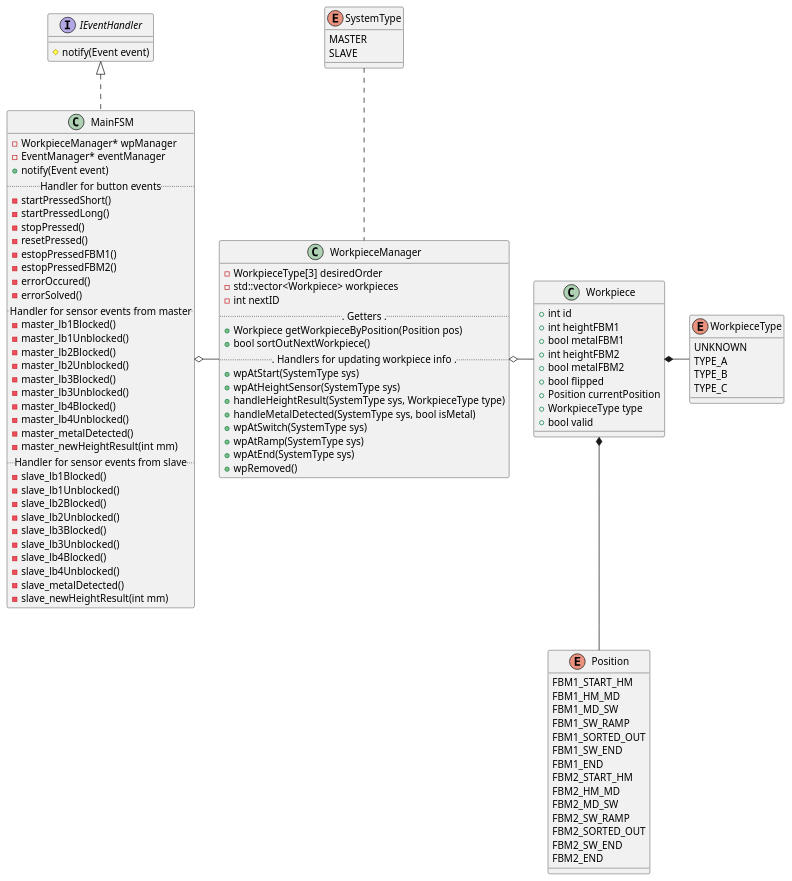
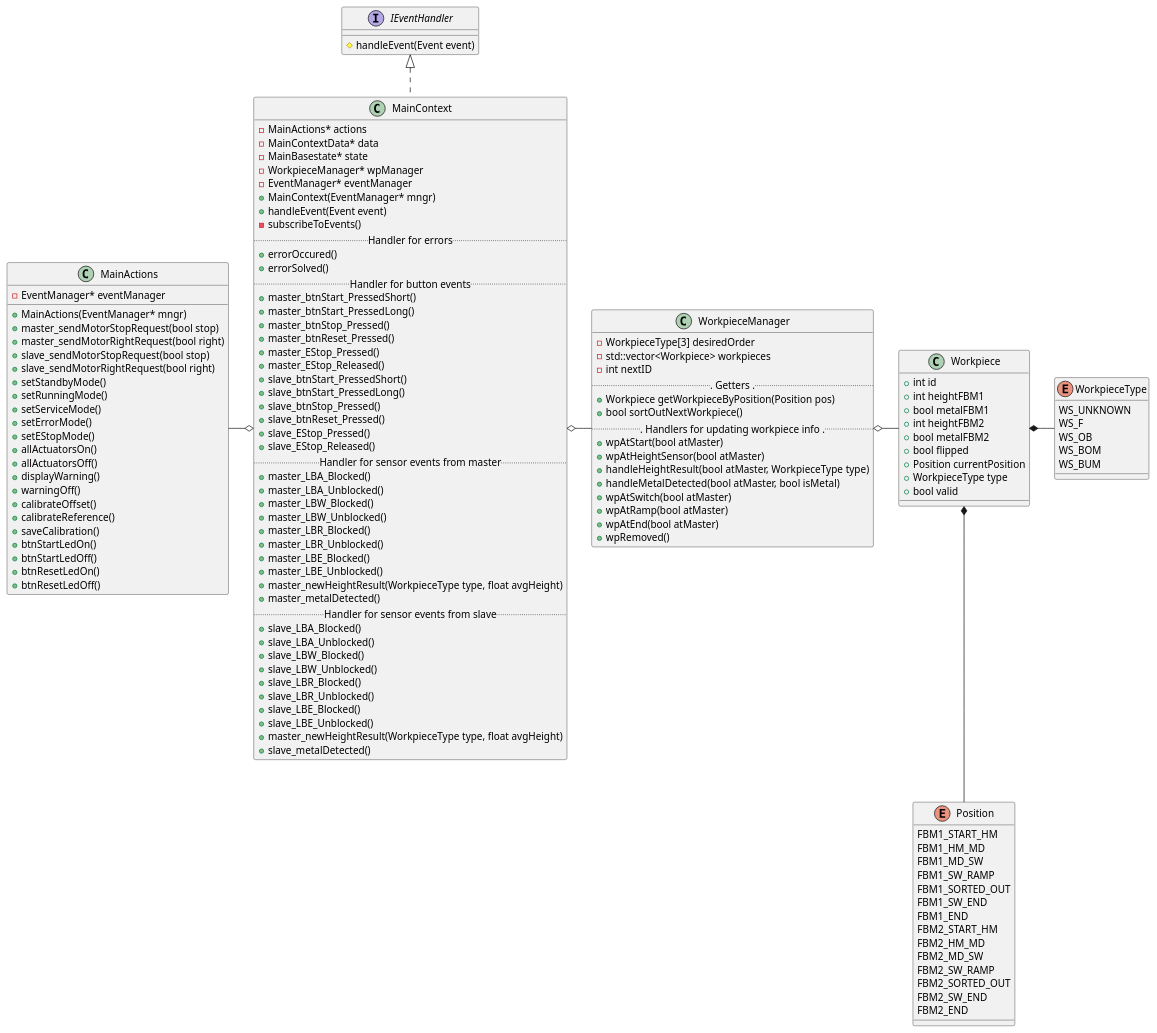
Before and after one commit to u2knwy/ESEP-2023SoSe-Team-2-1: the diagram in docs/diagrams/classes/main_fsm.puml, drawn with PlantUML. The commit also changed 20 other files, not shown here.

Commit message:
Add/update class diagrams, refactoring, update method names

```diff
--- a/docs/diagrams/classes/main_fsm.puml
+++ b/docs/diagrams/classes/main_fsm.puml
@@ -1,112 +1,146 @@
 @startuml
 interface IEventHandler {
-  #notify(Event event)
+  #handleEvent(Event event)
 }
 
 enum WorkpieceType {
-  UNKNOWN
-  TYPE_A
-  TYPE_B
-  TYPE_C
+  WS_UNKNOWN
+  WS_F
+  WS_OB
+  WS_BOM
+  WS_BUM
 }
 
 enum Position {
   FBM1_START_HM
   FBM1_HM_MD
   FBM1_MD_SW
   FBM1_SW_RAMP
   FBM1_SORTED_OUT
   FBM1_SW_END
   FBM1_END
   FBM2_START_HM
   FBM2_HM_MD
   FBM2_MD_SW
   FBM2_SW_RAMP
   FBM2_SORTED_OUT
   FBM2_SW_END
   FBM2_END
 }
 
 class Workpiece {
   +int id
   +int heightFBM1
   +bool metalFBM1
   +int heightFBM2
   +bool metalFBM2
   +bool flipped
   +Position currentPosition
   +WorkpieceType type
   +bool valid
 }
 
 Workpiece *-- Position
 Workpiece *- WorkpieceType
 
-enum SystemType {
-  MASTER
-  SLAVE
-}
-
 class WorkpieceManager {
   -WorkpieceType[3] desiredOrder
   -std::vector<Workpiece> workpieces
   -int nextID
   ... Getters ...
   +Workpiece getWorkpieceByPosition(Position pos)
   +bool sortOutNextWorkpiece()
   ... Handlers for updating workpiece info ...
-  +wpAtStart(SystemType sys)
-  +wpAtHeightSensor(SystemType sys)
-  +handleHeightResult(SystemType sys, WorkpieceType type)
-  +handleMetalDetected(SystemType sys, bool isMetal)
-  +wpAtSwitch(SystemType sys)
-  +wpAtRamp(SystemType sys)
-  +wpAtEnd(SystemType sys)
+  +wpAtStart(bool atMaster)
+  +wpAtHeightSensor(bool atMaster)
+  +handleHeightResult(bool atMaster, WorkpieceType type)
+  +handleMetalDetected(bool atMaster, bool isMetal)
+  +wpAtSwitch(bool atMaster)
+  +wpAtRamp(bool atMaster)
+  +wpAtEnd(bool atMaster)
   +wpRemoved()
 }
 
 WorkpieceManager o- Workpiece
-SystemType .. WorkpieceManager
 
-class MainFSM {
+class MainContext {
+  -MainActions* actions
+	-MainContextData* data
+	-MainBasestate* state
   -WorkpieceManager* wpManager
   -EventManager* eventManager
-  +notify(Event event)
+  +MainContext(EventManager* mngr)
+  +handleEvent(Event event)
+  -subscribeToEvents()
+  .. Handler for errors ..
+  +errorOccured()
+  +errorSolved()
   .. Handler for button events ..
-  -startPressedShort()
-  -startPressedLong()
-  -stopPressed()
-  -resetPressed()
-  -estopPressedFBM1()
-  -estopPressedFBM2()
-  -errorOccured()
-  -errorSolved()
+  +master_btnStart_PressedShort()
+  +master_btnStart_PressedLong()
+  +master_btnStop_Pressed()
+  +master_btnReset_Pressed()
+  +master_EStop_Pressed()
+	+master_EStop_Released()
+  +slave_btnStart_PressedShort()
+  +slave_btnStart_PressedLong()
+  +slave_btnStop_Pressed()
+  +slave_btnReset_Pressed()
+  +slave_EStop_Pressed()
+	+slave_EStop_Released()
   .. Handler for sensor events from master ..
-  -master_lb1Blocked()
-  -master_lb1Unblocked()
-  -master_lb2Blocked()
-  -master_lb2Unblocked()
-  -master_lb3Blocked()
-  -master_lb3Unblocked()
-  -master_lb4Blocked()
-  -master_lb4Unblocked()
-  -master_metalDetected()
-  -master_newHeightResult(int mm)
+  +master_LBA_Blocked()
+  +master_LBA_Unblocked()
+  +master_LBW_Blocked()
+  +master_LBW_Unblocked()
+  +master_LBR_Blocked()
+  +master_LBR_Unblocked()
+  +master_LBE_Blocked()
+  +master_LBE_Unblocked()
+  +master_newHeightResult(WorkpieceType type, float avgHeight)
+  +master_metalDetected()
   .. Handler for sensor events from slave ..
-  -slave_lb1Blocked()
-  -slave_lb1Unblocked()
-  -slave_lb2Blocked()
-  -slave_lb2Unblocked()
-  -slave_lb3Blocked()
-  -slave_lb3Unblocked()
-  -slave_lb4Blocked()
-  -slave_lb4Unblocked()
-  -slave_metalDetected()
-  -slave_newHeightResult(int mm)
+  +slave_LBA_Blocked()
+  +slave_LBA_Unblocked()
+  +slave_LBW_Blocked()
+  +slave_LBW_Unblocked()
+  +slave_LBR_Blocked()
+  +slave_LBR_Unblocked()
+  +slave_LBE_Blocked()
+  +slave_LBE_Unblocked()
+  +master_newHeightResult(WorkpieceType type, float avgHeight)
+  +slave_metalDetected()
 }
 
-IEventHandler <|.. MainFSM
-MainFSM o- WorkpieceManager
+MainActions -o MainContext
+
+class MainActions {
+  -EventManager* eventManager
+  +MainActions(EventManager* mngr)
+	+master_sendMotorStopRequest(bool stop)
+	+master_sendMotorRightRequest(bool right)
+	+slave_sendMotorStopRequest(bool stop)
+	+slave_sendMotorRightRequest(bool right)
+	+setStandbyMode()
+	+setRunningMode()
+	+setServiceMode()
+	+setErrorMode()
+	+setEStopMode()
+	+allActuatorsOn()
+	+allActuatorsOff()
+	+displayWarning()
+	+warningOff()
+	+calibrateOffset()
+	+calibrateReference()
+	+saveCalibration()
+	+btnStartLedOn()
+	+btnStartLedOff()
+	+btnResetLedOn()
+	+btnResetLedOff()
+}
+
+IEventHandler <|.. MainContext
+MainContext o- WorkpieceManager
 
 
 @enduml
```
